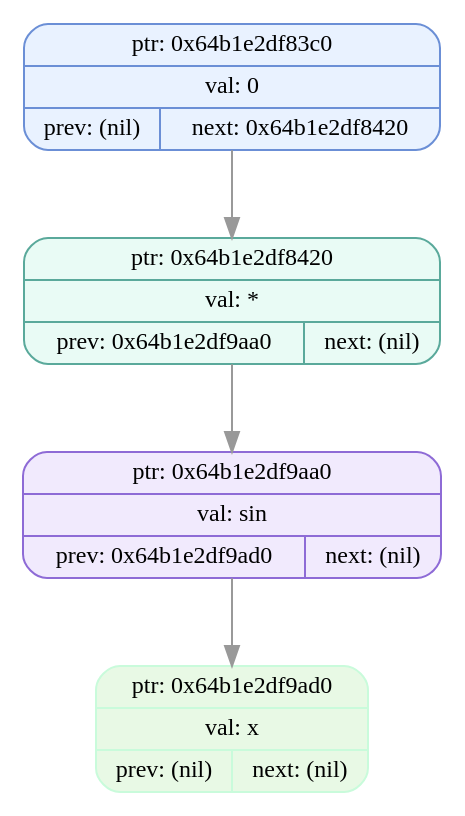
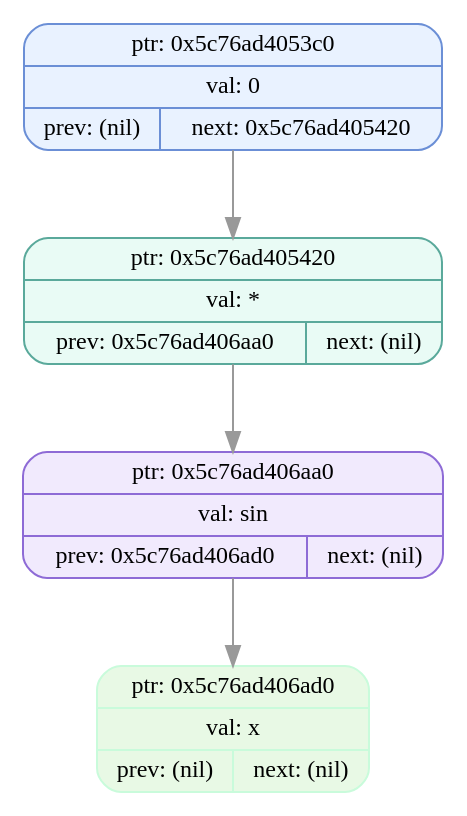
Before and after one commit to EvilTomato9890/Difference: the diagram in dumps/tree_dump_003.dot, drawn with Graphviz. The commit also changed 80 other files, not shown here.

```diff
--- a/dumps/tree_dump_003.dot
+++ b/dumps/tree_dump_003.dot
@@ -1,11 +1,11 @@
 digraph T{
   node [fontname="Fira Mono",shape=record,style="filled,rounded",fontsize=12];
   graph [splines=true, nodesep=0.6, ranksep=0.6];
-  node_0x64b1e2df83c0[shape=record,label="{ {ptr: 0x64b1e2df83c0} | {val: 0} | { prev: (nil) | next: 0x64b1e2df8420 } }",color="#6b8fd6",fillcolor="#e9f2ff"];
-  node_0x64b1e2df8420[shape=record,label="{ {ptr: 0x64b1e2df8420} | {val: *} | { prev: 0x64b1e2df9aa0 | next: (nil) } }",color="#5aa99b",fillcolor="#e9fbf5"];
-  node_0x64b1e2df9aa0[shape=record,label="{ {ptr: 0x64b1e2df9aa0} | {val: sin} | { prev: 0x64b1e2df9ad0 | next: (nil) } }",color="#8e6bd6",fillcolor="#f1eafd"];
-  node_0x64b1e2df9ad0[shape=record,label="{ {ptr: 0x64b1e2df9ad0} | {val: x} | { prev: (nil) | next: (nil) } }",color="#c9fbdbff",fillcolor="#e8f9e5ff"];
-  node_0x64b1e2df83c0 -> node_0x64b1e2df8420 [color="#999999"];
-  node_0x64b1e2df8420 -> node_0x64b1e2df9aa0 [color="#999999"];
-  node_0x64b1e2df9aa0 -> node_0x64b1e2df9ad0 [color="#999999"];
+  node_0x5c76ad4053c0[shape=record,label="{ {ptr: 0x5c76ad4053c0} | {val: 0} | { prev: (nil) | next: 0x5c76ad405420 } }",color="#6b8fd6",fillcolor="#e9f2ff"];
+  node_0x5c76ad405420[shape=record,label="{ {ptr: 0x5c76ad405420} | {val: *} | { prev: 0x5c76ad406aa0 | next: (nil) } }",color="#5aa99b",fillcolor="#e9fbf5"];
+  node_0x5c76ad406aa0[shape=record,label="{ {ptr: 0x5c76ad406aa0} | {val: sin} | { prev: 0x5c76ad406ad0 | next: (nil) } }",color="#8e6bd6",fillcolor="#f1eafd"];
+  node_0x5c76ad406ad0[shape=record,label="{ {ptr: 0x5c76ad406ad0} | {val: x} | { prev: (nil) | next: (nil) } }",color="#c9fbdbff",fillcolor="#e8f9e5ff"];
+  node_0x5c76ad4053c0 -> node_0x5c76ad405420 [color="#999999"];
+  node_0x5c76ad405420 -> node_0x5c76ad406aa0 [color="#999999"];
+  node_0x5c76ad406aa0 -> node_0x5c76ad406ad0 [color="#999999"];
 }
```
